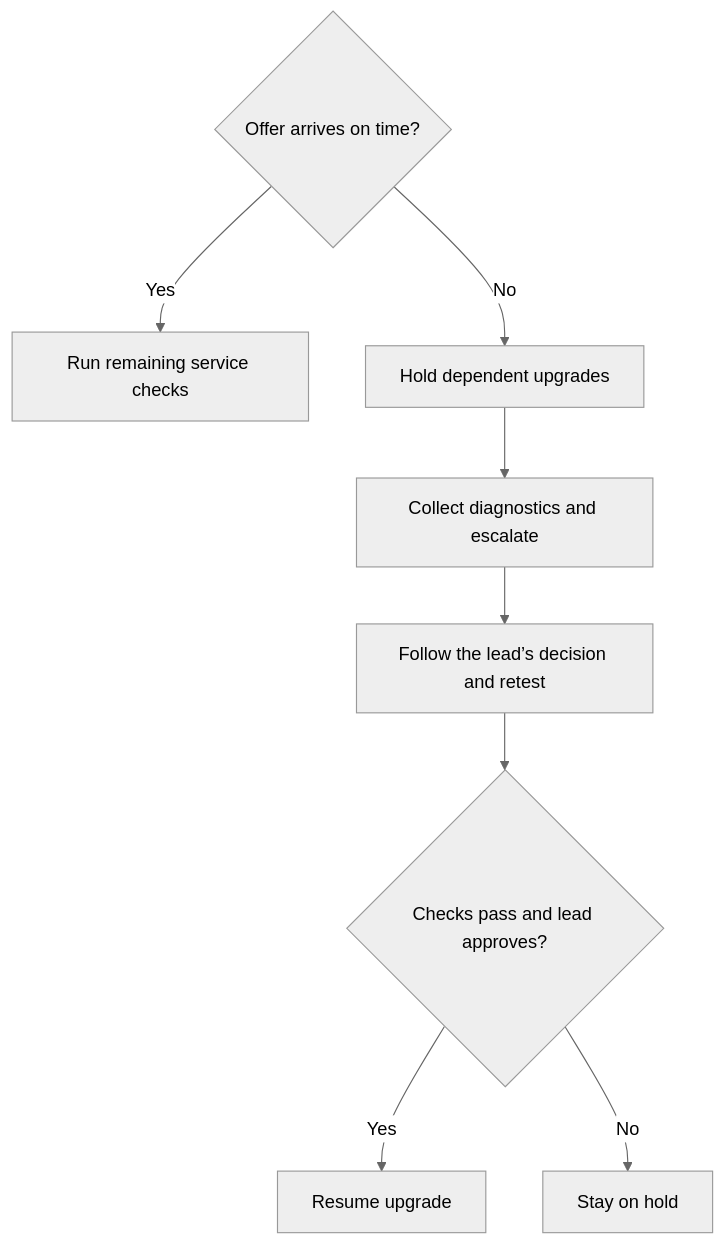
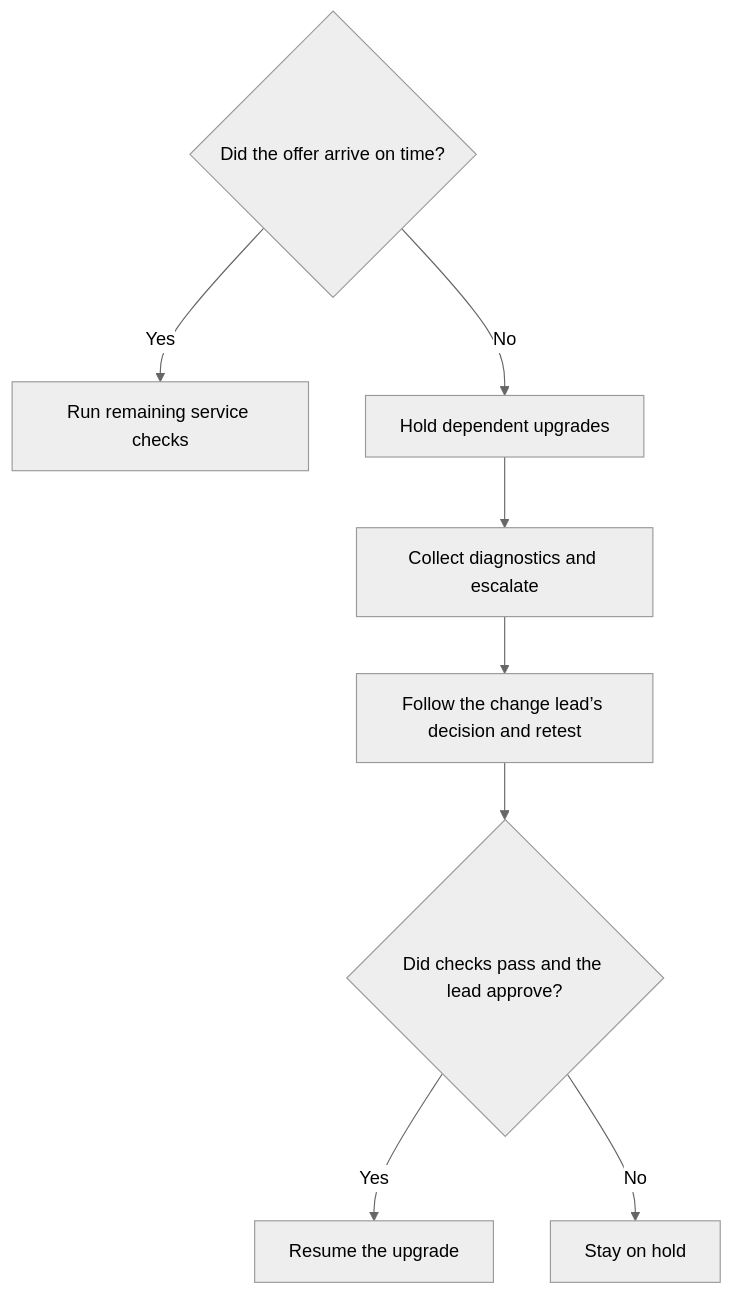
The diagram in docs/operations/upgrade-workflow.md (baysalkerem/technical-writing-portfolio), drawn with Mermaid (neutral theme) before and after one commit. The commit also changed other lines of this file and 15 other files, not shown here.

````diff
--- a/docs/operations/upgrade-workflow.md
+++ b/docs/operations/upgrade-workflow.md
@@ -45,13 +47,13 @@
 ```mermaid
 flowchart TD
     accTitle: Post-upgrade routing decision
     accDescr: When the offer arrives within the agreed time, continue with the remaining service checks. Otherwise, hold dependent upgrades, collect diagnostics, and escalate to the change lead. Follow the lead’s decision and retest. Resume only when the delivery test and required service checks pass and the lead approves.
-    Offer{"Offer arrives on time?"}:::decision
+    Offer{"Did the offer arrive on time?"}:::decision
     Offer -->|Yes| Check["Run remaining service checks"]
     Offer -->|No| Hold["Hold dependent upgrades"]:::hold
     Hold --> Escalate["Collect diagnostics and escalate"]
-    Escalate --> Retest["Follow the lead’s decision and retest"]
-    Retest --> Review{"Checks pass and lead approves?"}:::decision
-    Review -->|Yes| Resume["Resume upgrade"]:::success
+    Escalate --> Retest["Follow the change lead’s decision and retest"]
+    Retest --> Review{"Did checks pass and the lead approve?"}:::decision
+    Review -->|Yes| Resume["Resume the upgrade"]:::success
     Review -->|No| Wait["Stay on hold"]:::hold
 ```
````
